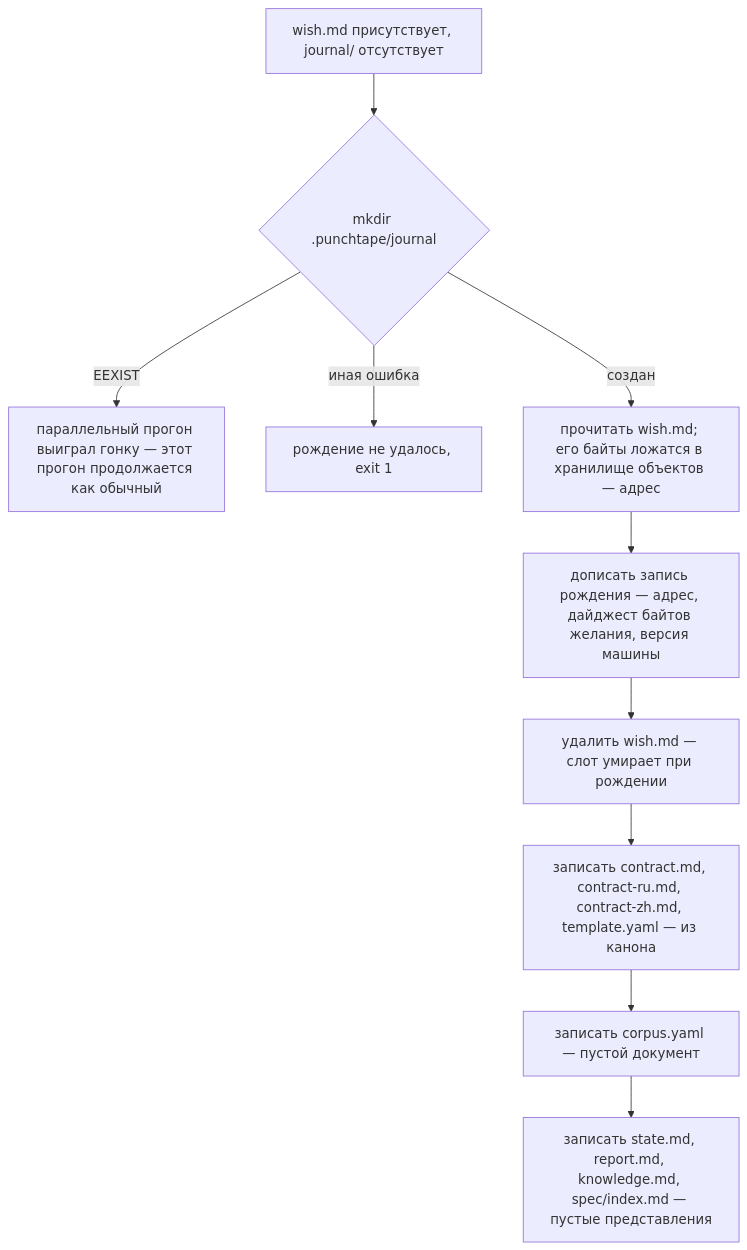
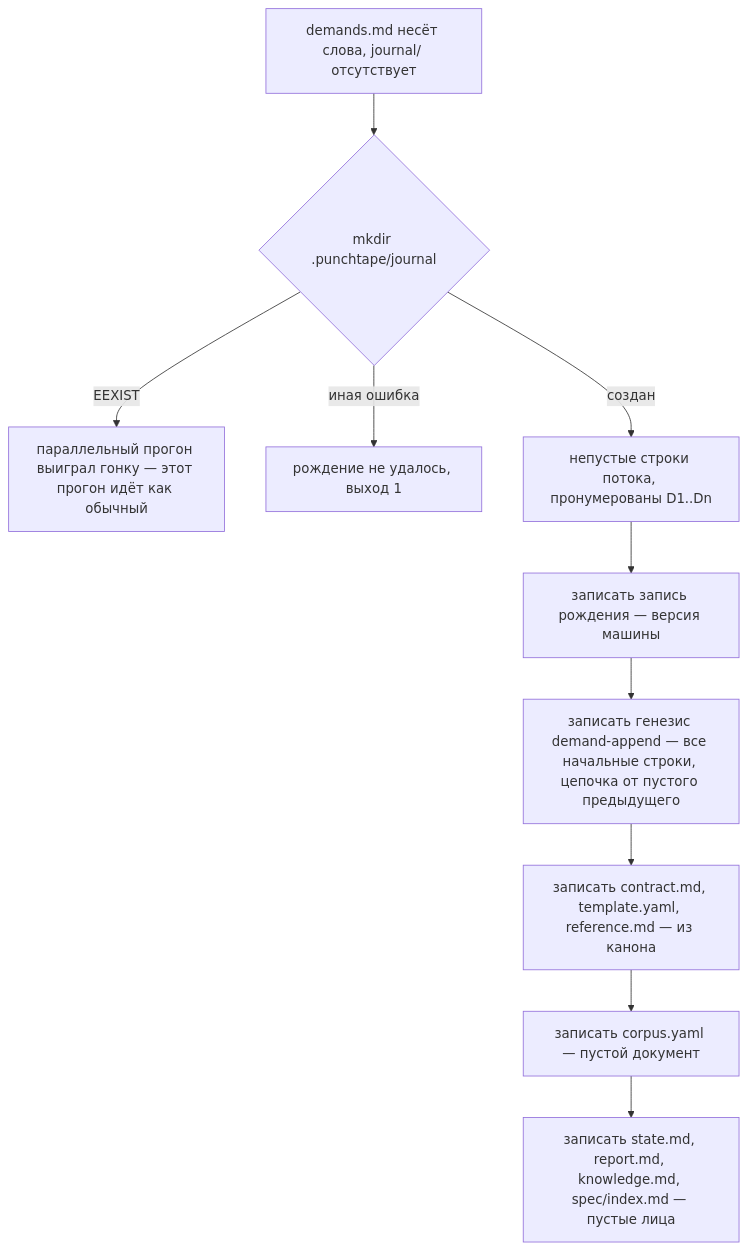
One commit to neurophant/punchtape changed the second of 9 diagrams in docs/ARCHITECTURE.ru.md. Above: the diagram before and after it, drawn with Mermaid. The commit also changed other lines of this file and 80 other files, not shown here.

````diff
--- a/docs/ARCHITECTURE.ru.md
+++ b/docs/ARCHITECTURE.ru.md
@@ -163,12 +174,12 @@
 ```mermaid
 flowchart TD
-    S["wish.md присутствует, journal/ отсутствует"] --> M{"mkdir .punchtape/journal"}
-    M -- "EEXIST" --> PASS["параллельный прогон выиграл гонку — этот прогон продолжается как обычный"]
-    M -- "иная ошибка" --> FAIL["рождение не удалось, exit 1"]
-    M -- "создан" --> W["прочитать wish.md; его байты ложатся в хранилище объектов — адрес"]
-    W --> R["дописать запись рождения — адрес, дайджест байтов желания, версия машины"]
-    R --> RM["удалить wish.md — слот умирает при рождении"]
-    RM --> F1["записать contract.md, contract-ru.md, contract-zh.md, template.yaml — из канона"]
+    S["demands.md несёт слова, journal/ отсутствует"] --> M{"mkdir .punchtape/journal"}
+    M -- "EEXIST" --> PASS["параллельный прогон выиграл гонку — этот прогон идёт как обычный"]
+    M -- "иная ошибка" --> FAIL["рождение не удалось, выход 1"]
+    M -- "создан" --> W["непустые строки потока, пронумерованы D1..Dn"]
+    W --> R["записать запись рождения — версия машины"]
+    R --> G["записать генезис demand-append — все начальные строки, цепочка от пустого предыдущего"]
+    G --> F1["записать contract.md, template.yaml, reference.md — из канона"]
     F1 --> F2["записать corpus.yaml — пустой документ"]
-    F2 --> F3["записать state.md, report.md, knowledge.md, spec/index.md — пустые представления"]
+    F2 --> F3["записать state.md, report.md, knowledge.md, spec/index.md — пустые лица"]
 ```
````
